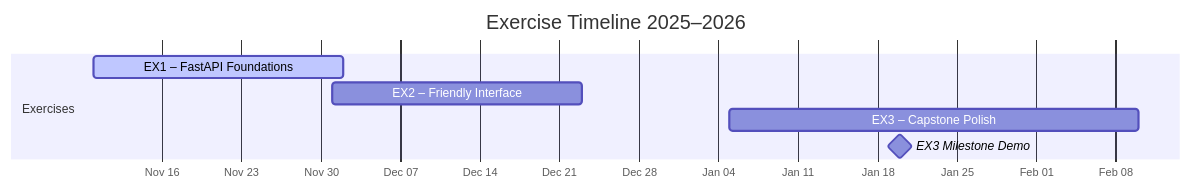
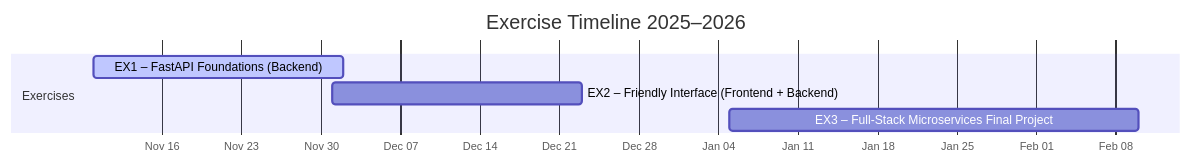
Before and after one commit to EASS-HIT-PART-A-2026-CLASS-IX/lecture-notes: the diagram in docs/exercises.md, drawn with Mermaid. The commit also changed other lines of this file and 4 other files, not shown here.

````diff
--- a/docs/exercises.md
+++ b/docs/exercises.md
@@ -7,12 +7,11 @@
 ```mermaid
 gantt
     title Exercise Timeline 2025–2026
     dateFormat  YYYY-MM-DD
     axisFormat  %b %d
 
     section Exercises
-    EX1 – FastAPI Foundations     :active, 2025-11-10, 2025-12-02
-    EX2 – Friendly Interface      :2025-12-01, 2025-12-23
-    EX3 – Capstone Polish         :2026-01-05, 2026-02-10
-    EX3 Milestone Demo            :milestone, 2026-01-20, 0d
+    EX1 – FastAPI Foundations (Backend)             :active, 2025-11-10, 2025-12-02
+    EX2 – Friendly Interface (Frontend + Backend)   :2025-12-01, 2025-12-23
+    EX3 – Full-Stack Microservices Final Project    :2026-01-05, 2026-02-10
 ```
````
